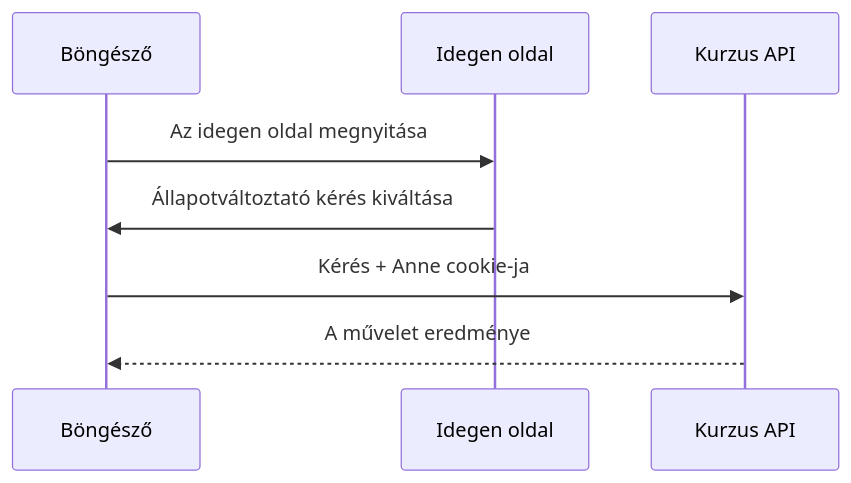
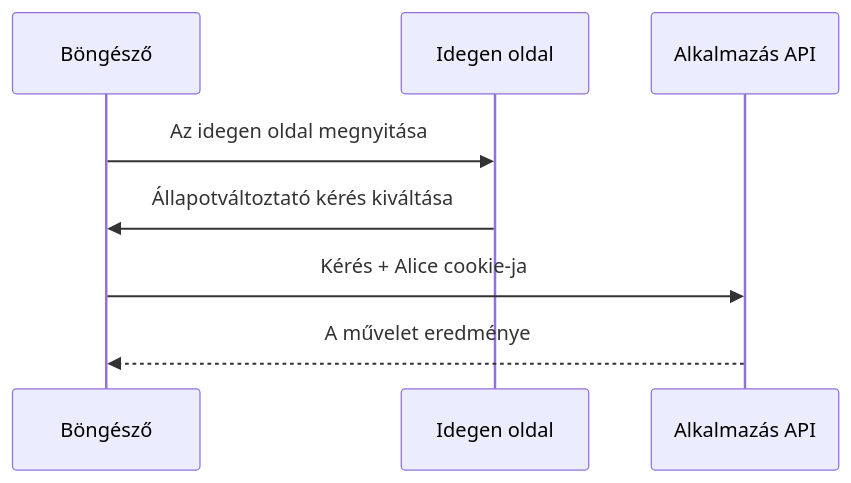
Before and after one commit to laborci/slides: the second of 2 diagrams in courses/web-programming-1/08-webbiztonsagi-alapok/POWER.md, drawn with Mermaid. The commit also changed other lines of this file and 2 other files, not shown here.

````diff
--- a/courses/web-programming-1/08-webbiztonsagi-alapok/POWER.md
+++ b/courses/web-programming-1/08-webbiztonsagi-alapok/POWER.md
@@ -516,10 +517,10 @@
 ```mermaid
 sequenceDiagram
     participant B as Böngésző
     participant I as Idegen oldal
-    participant K as Kurzus API
+    participant K as Alkalmazás API
     B->>I: Az idegen oldal megnyitása
     I->>B: Állapotváltoztató kérés kiváltása
-    B->>K: Kérés + Anne cookie-ja
+    B->>K: Kérés + Alice cookie-ja
     K-->>B: A művelet eredménye
 ```
````
